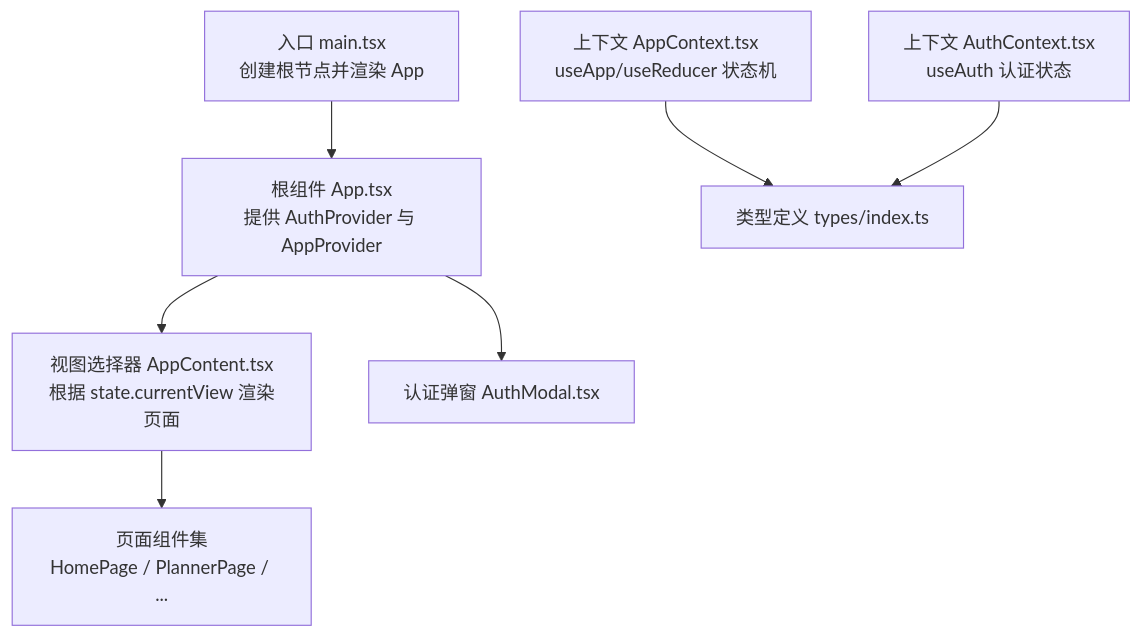
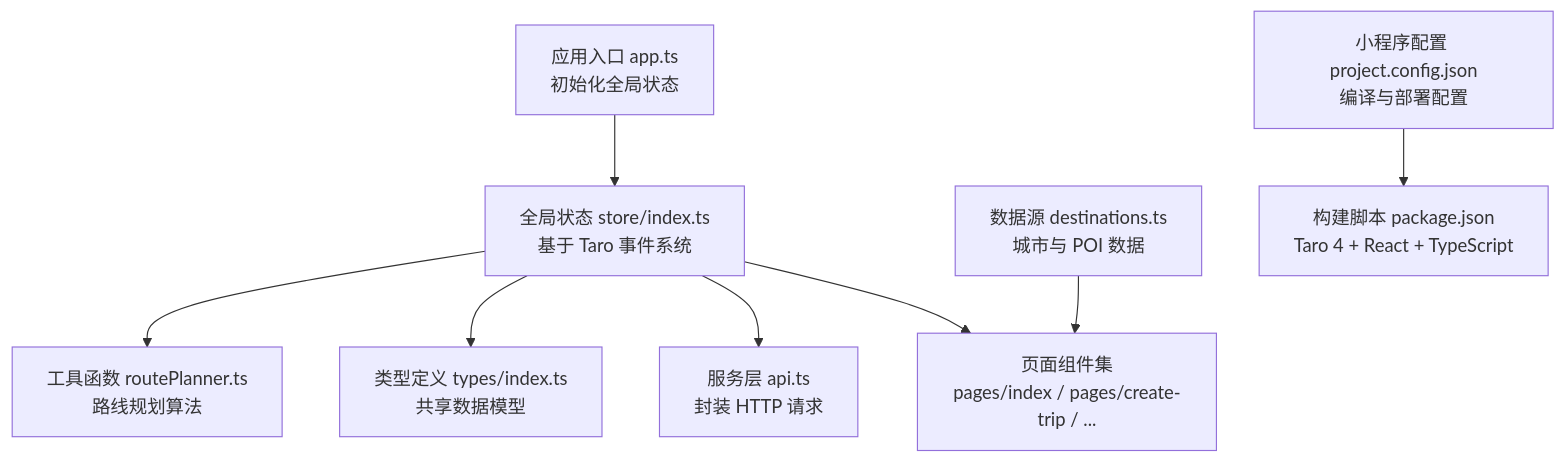
Before and after one commit to ititjjy/AITrip-plan: the first of 4 diagrams in .qoder/repowiki/zh/content/前端架构/前端架构.md, drawn with Mermaid. The commit also changed other lines of this file and 17 other files, not shown here.

````diff
--- a/.qoder/repowiki/zh/content/前端架构/前端架构.md
+++ b/.qoder/repowiki/zh/content/前端架构/前端架构.md
@@ -46,9 +48,10 @@
 ```mermaid
 graph TB
-A["入口 main.tsx<br/>创建根节点并渲染 App"] --> B["根组件 App.tsx<br/>提供 AuthProvider 与 AppProvider"]
-B --> C["视图选择器 AppContent.tsx<br/>根据 state.currentView 渲染页面"]
-C --> D["页面组件集<br/>HomePage / PlannerPage / ..."]
-B --> E["认证弹窗 AuthModal.tsx"]
-F["上下文 AppContext.tsx<br/>useApp/useReducer 状态机"] --> G["类型定义 types/index.ts"]
-H["上下文 AuthContext.tsx<br/>useAuth 认证状态"] --> G
+A["应用入口 app.ts<br/>初始化全局状态"] --> B["全局状态 store/index.ts<br/>基于 Taro 事件系统"]
+B --> C["页面组件集<br/>pages/index / pages/create-trip / ..."]
+B --> D["服务层 api.ts<br/>封装 HTTP 请求"]
+B --> E["类型定义 types/index.ts<br/>共享数据模型"]
+B --> F["工具函数 routePlanner.ts<br/>路线规划算法"]
+G["数据源 destinations.ts<br/>城市与 POI 数据"] --> C
+H["小程序配置 project.config.json<br/>编译与部署配置"] --> I["构建脚本 package.json<br/>Taro 4 + React + TypeScript"]
 ```
````
